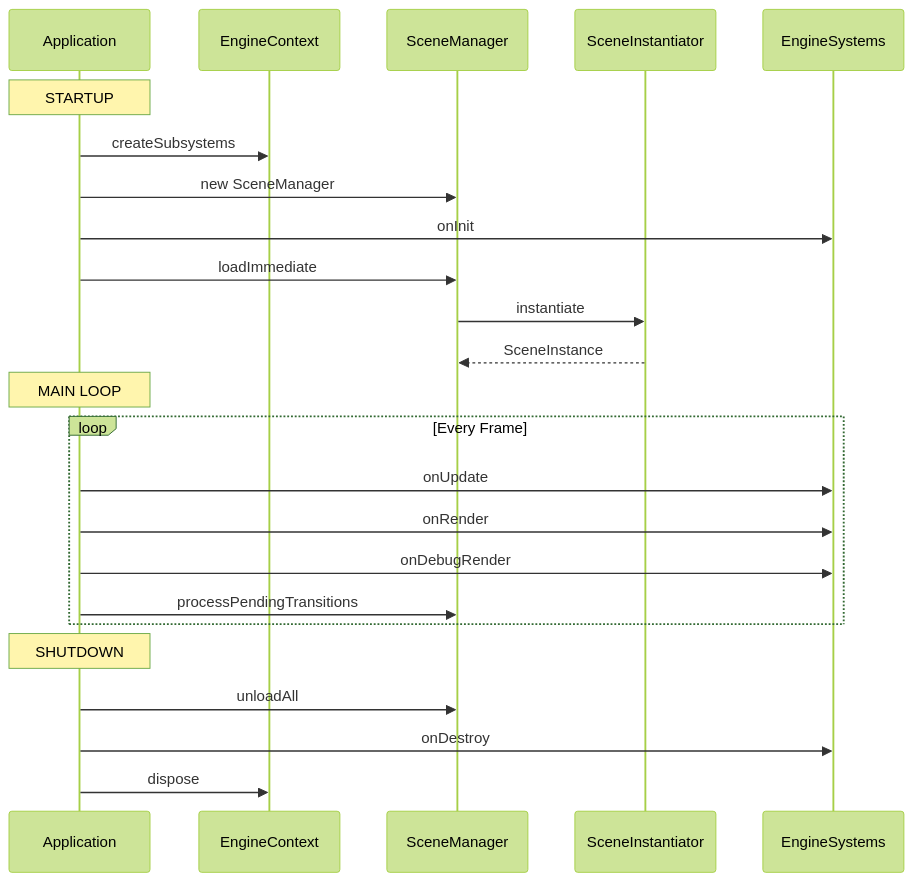
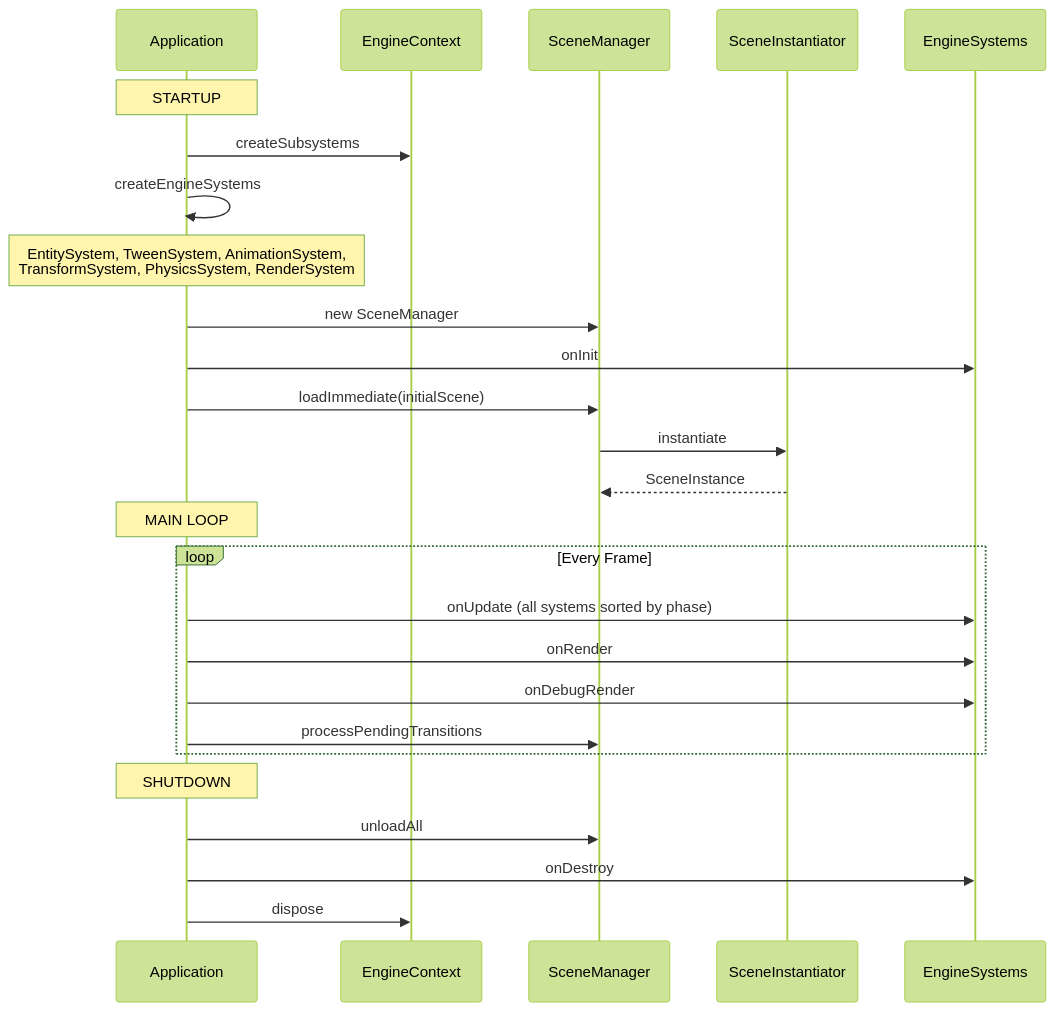
One commit to Chapslock/neon-racer changed the fifth of 9 diagrams in README.md. Above: the diagram before and after it, drawn with Mermaid (forest theme). The commit also changed other lines of this file, not shown here.

Commit message:
docs: update README with refactored architecture diagrams

````diff
--- a/README.md
+++ b/README.md
@@ -83,29 +84,31 @@
 ```mermaid
 sequenceDiagram
     participant App as Application
     participant EC as EngineContext
     participant SM as SceneManager
     participant SI as SceneInstantiator
     participant ES as EngineSystems
 
     Note over App: STARTUP
     App->>EC: createSubsystems
+    App->>App: createEngineSystems
+    Note over App: EntitySystem, TweenSystem, AnimationSystem,<br/>TransformSystem, PhysicsSystem, RenderSystem
     App->>SM: new SceneManager
     App->>ES: onInit
-    App->>SM: loadImmediate
+    App->>SM: loadImmediate(initialScene)
     SM->>SI: instantiate
     SI-->>SM: SceneInstance
 
     Note over App: MAIN LOOP
     loop Every Frame
-        App->>ES: onUpdate
+        App->>ES: onUpdate (all systems sorted by phase)
         App->>ES: onRender
         App->>ES: onDebugRender
         App->>SM: processPendingTransitions
     end
 
     Note over App: SHUTDOWN
     App->>SM: unloadAll
     App->>ES: onDestroy
     App->>EC: dispose
 ```
````
